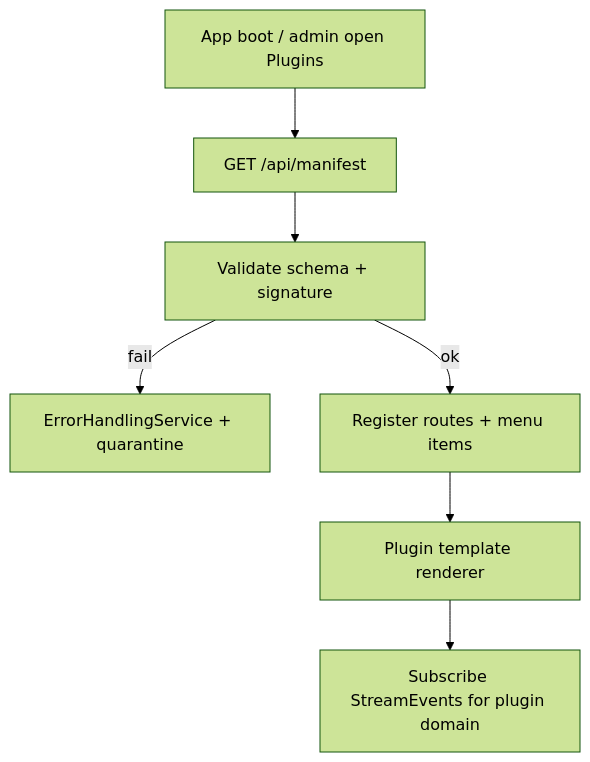
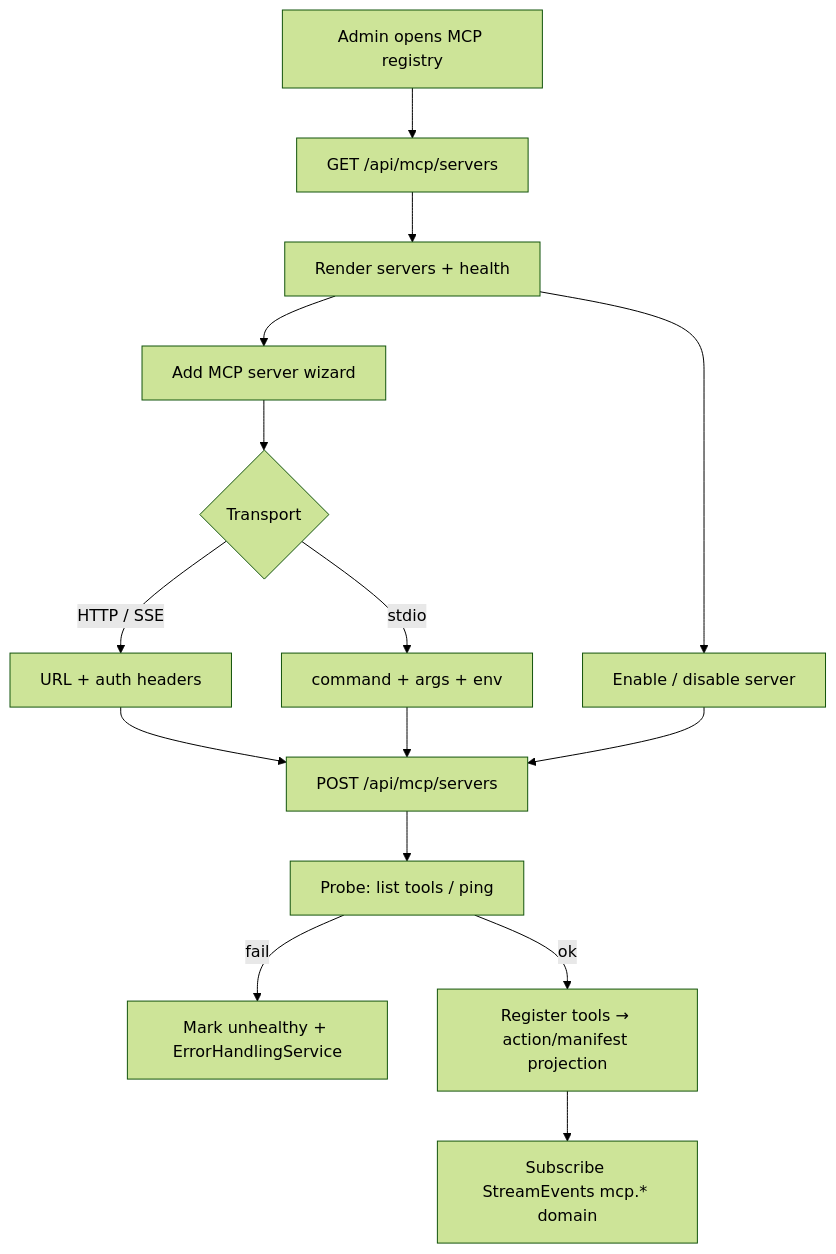
The diagram in diagrams/flows/04-plugin-discovery-flow.md (marklapointe/cloudbsd-ai-www), drawn with Mermaid (forest theme) before and after one commit. The commit also changed other lines of this file and 25 other files, not shown here.

First line of the commit message:
docs: reframe Plugins as MCP extension system

````diff
--- a/diagrams/flows/04-plugin-discovery-flow.md
+++ b/diagrams/flows/04-plugin-discovery-flow.md
@@ -3,9 +6,17 @@
 ```mermaid
 flowchart TD
-  Boot[App boot / admin open Plugins] --> Fetch[GET /api/manifest]
-  Fetch --> Validate[Validate schema + signature]
-  Validate -->|fail| Reject[ErrorHandlingService + quarantine]
-  Validate -->|ok| Register[Register routes + menu items]
-  Register --> Render[Plugin template renderer]
-  Render --> Live[Subscribe StreamEvents for plugin domain]
+  Open[Admin opens MCP registry] --> List[GET /api/mcp/servers]
+  List --> Table[Render servers + health]
+  Table --> Add[Add MCP server wizard]
+  Add --> Transport{Transport}
+  Transport -->|HTTP / SSE| HttpCfg[URL + auth headers]
+  Transport -->|stdio| StdioCfg[command + args + env]
+  HttpCfg --> Save[POST /api/mcp/servers]
+  StdioCfg --> Save
+  Save --> Probe[Probe: list tools / ping]
+  Probe -->|fail| Quarantine[Mark unhealthy + ErrorHandlingService]
+  Probe -->|ok| Register[Register tools → action/manifest projection]
+  Register --> Live[Subscribe StreamEvents mcp.* domain]
+  Table --> Toggle[Enable / disable server]
+  Toggle --> Save
 ```
````
